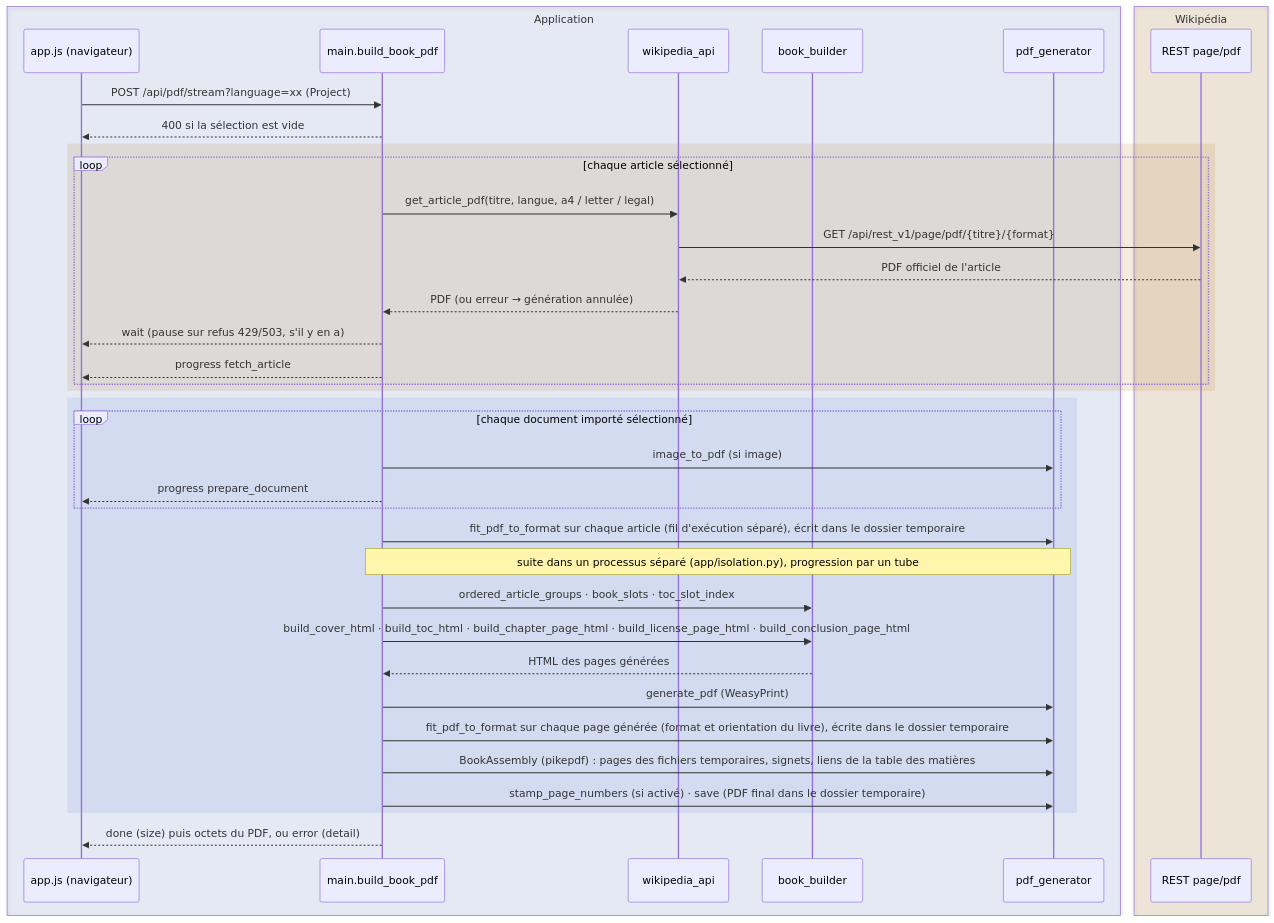
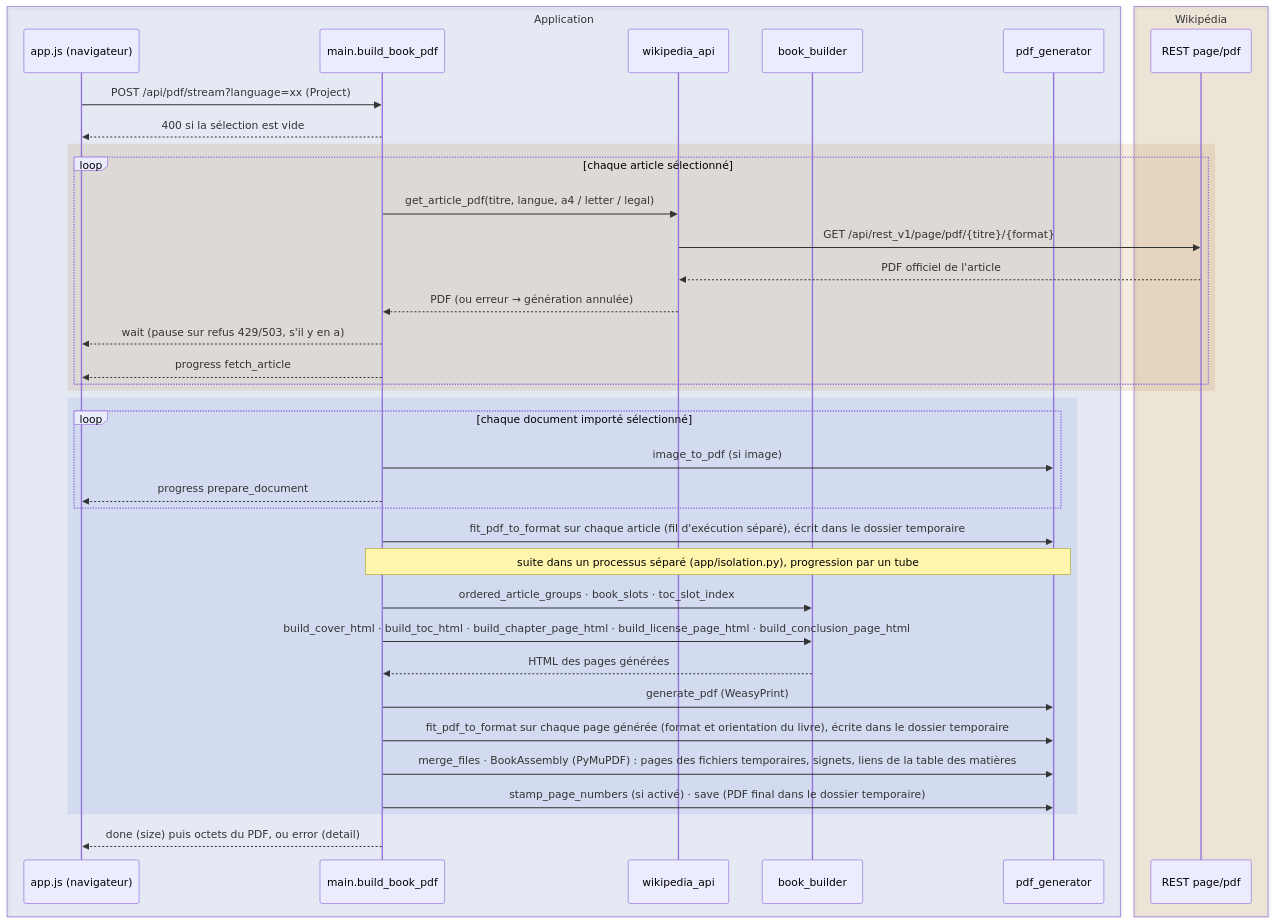
The second of 2 diagrams in docs/SPECIFICATIONS.fr.md (gmoulard/wikipedia2book), drawn with Mermaid before and after one commit. The commit also changed other lines of this file and 12 other files, not shown here.

````diff
--- a/docs/SPECIFICATIONS.fr.md
+++ b/docs/SPECIFICATIONS.fr.md
@@ -962,42 +964,42 @@
 ```mermaid
 sequenceDiagram
     box rgba(51,102,204,0.10) Application
         participant U as app.js (navigateur)
         participant M as main.build_book_pdf
         participant W as wikipedia_api
         participant B as book_builder
         participant P as pdf_generator
     end
     box rgba(172,102,0,0.12) Wikipédia
         participant R as REST page/pdf
     end
 
     U->>M: POST /api/pdf/stream?language=xx (Project)
     M-->>U: 400 si la sélection est vide
     rect rgba(172,102,0,0.12)
         loop chaque article sélectionné
             M->>W: get_article_pdf(titre, langue, a4 / letter / legal)
             W->>R: GET /api/rest_v1/page/pdf/{titre}/{format}
             R-->>W: PDF officiel de l'article
             W-->>M: PDF (ou erreur → génération annulée)
             M-->>U: wait (pause sur refus 429/503, s'il y en a)
             M-->>U: progress fetch_article
         end
     end
     rect rgba(51,102,204,0.10)
         loop chaque document importé sélectionné
             M->>P: image_to_pdf (si image)
             M-->>U: progress prepare_document
         end
         M->>P: fit_pdf_to_format sur chaque article (fil d'exécution séparé), écrit dans le dossier temporaire
         Note over M,P: suite dans un processus séparé (app/isolation.py), progression par un tube
         M->>B: ordered_article_groups · book_slots · toc_slot_index
         M->>B: build_cover_html · build_toc_html · build_chapter_page_html · build_license_page_html · build_conclusion_page_html
         B-->>M: HTML des pages générées
         M->>P: generate_pdf (WeasyPrint)
         M->>P: fit_pdf_to_format sur chaque page générée (format et orientation du livre), écrite dans le dossier temporaire
-        M->>P: BookAssembly (pikepdf) : pages des fichiers temporaires, signets, liens de la table des matières
+        M->>P: merge_files · BookAssembly (PyMuPDF) : pages des fichiers temporaires, signets, liens de la table des matières
         M->>P: stamp_page_numbers (si activé) · save (PDF final dans le dossier temporaire)
     end
     M-->>U: done (size) puis octets du PDF, ou error (detail)
 ```
````
